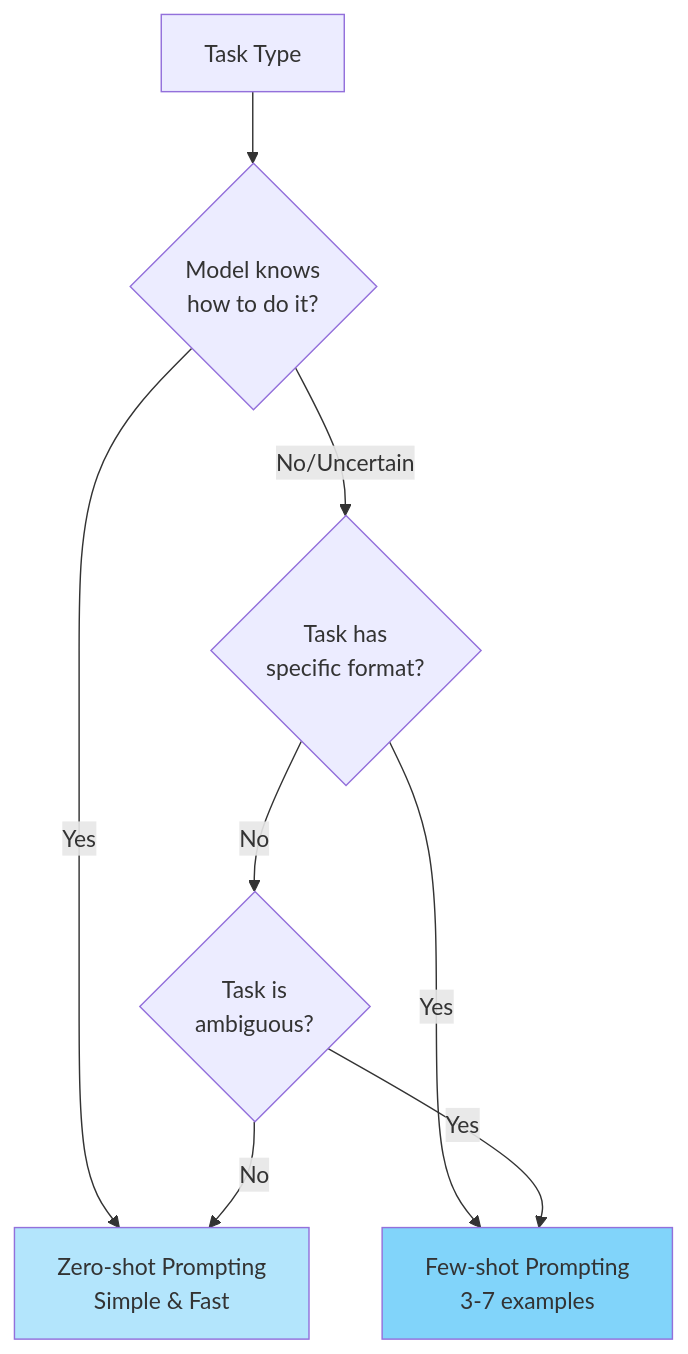
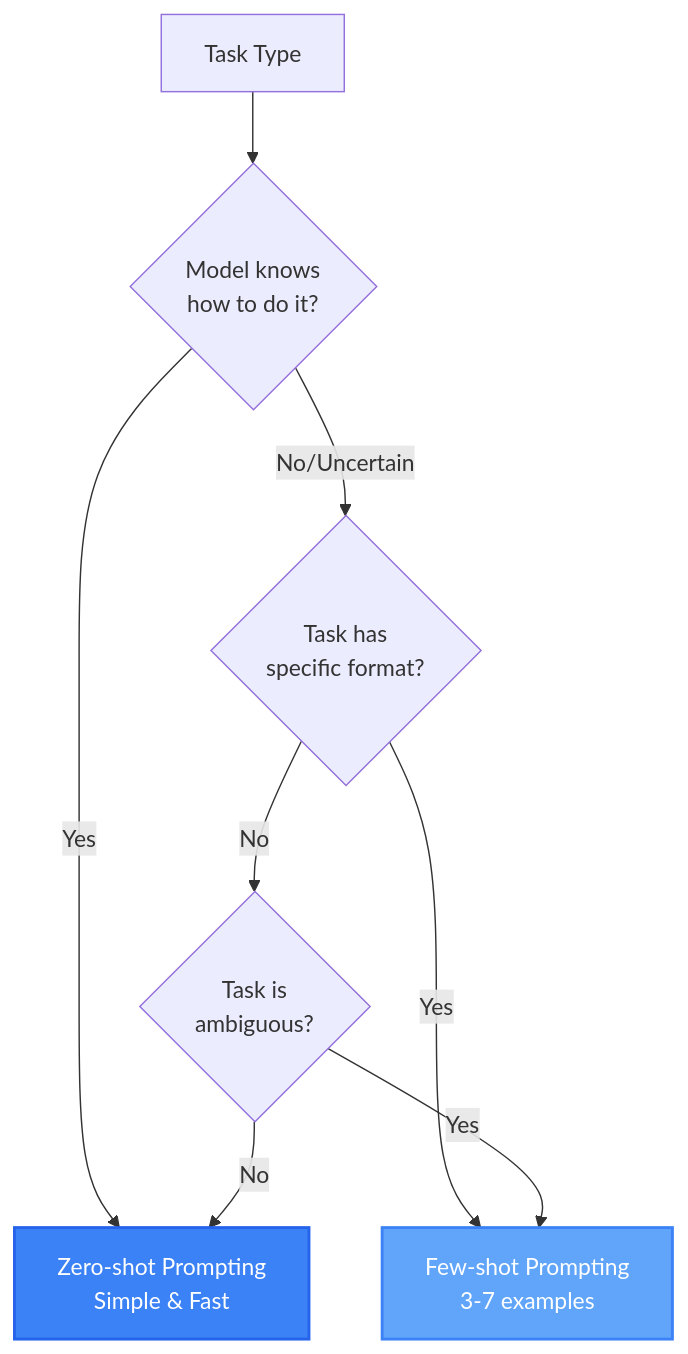
One commit to cifuentescossio/ai-learning-notes changed the second of 2 diagrams in 01-concepts/AI-Prompt-Engineering.md. Above: the diagram before and after it, drawn with Mermaid. The commit also changed other lines of this file and 1 other file, not shown here.

Commit message:
Update styles in AI-Basics and AI-Prompt-Engineering markdown files for improved visual consistency. Enhanced node styles with new colors and stroke properties for better clarity in diagrams.

````diff
--- a/01-concepts/AI-Prompt-Engineering.md
+++ b/01-concepts/AI-Prompt-Engineering.md
@@ -52,13 +52,13 @@
 ```mermaid
 graph TD
     A[Task Type] --> B{Model knows<br/>how to do it?}
     B -->|Yes| C[Zero-shot Prompting<br/>Simple & Fast]
     B -->|No/Uncertain| D{Task has<br/>specific format?}
     D -->|Yes| E[Few-shot Prompting<br/>3-7 examples]
     D -->|No| F{Task is<br/>ambiguous?}
     F -->|Yes| E
     F -->|No| C
     
-    style C fill:#b3e5fc
-    style E fill:#81d4fa
+    style C fill:#3b82f6,stroke:#2563eb,stroke-width:2px,color:#fff
+    style E fill:#60a5fa,stroke:#3b82f6,stroke-width:2px,color:#fff
 ```
````
